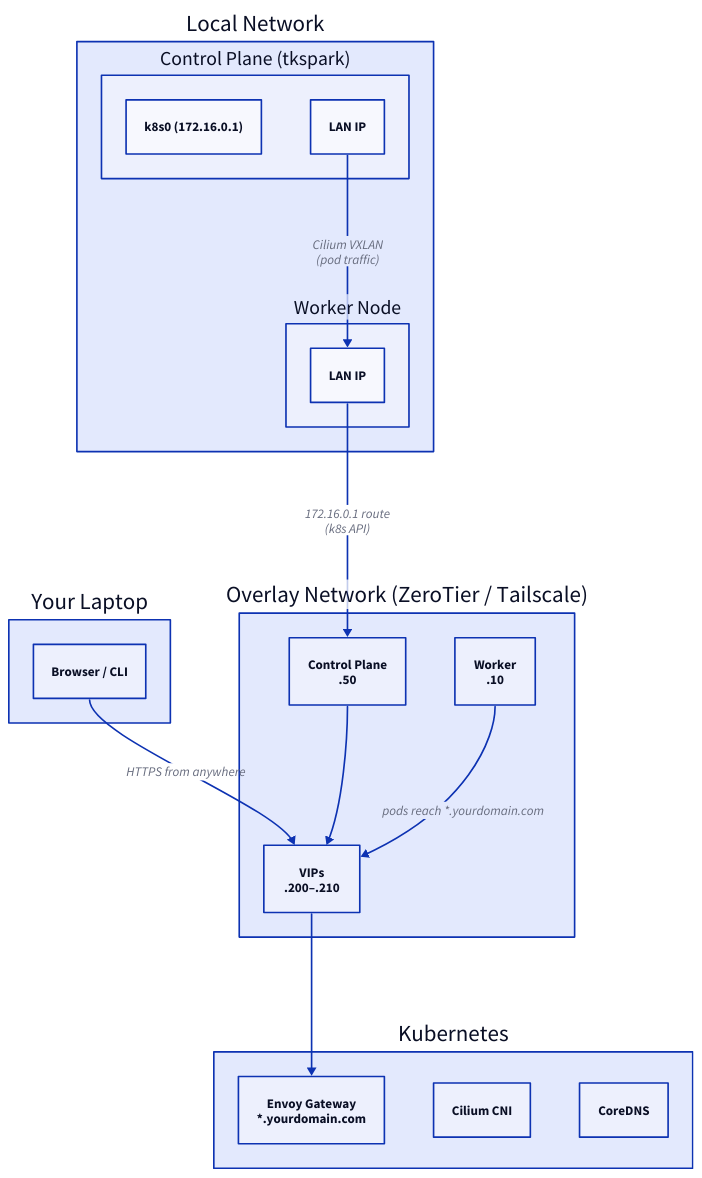
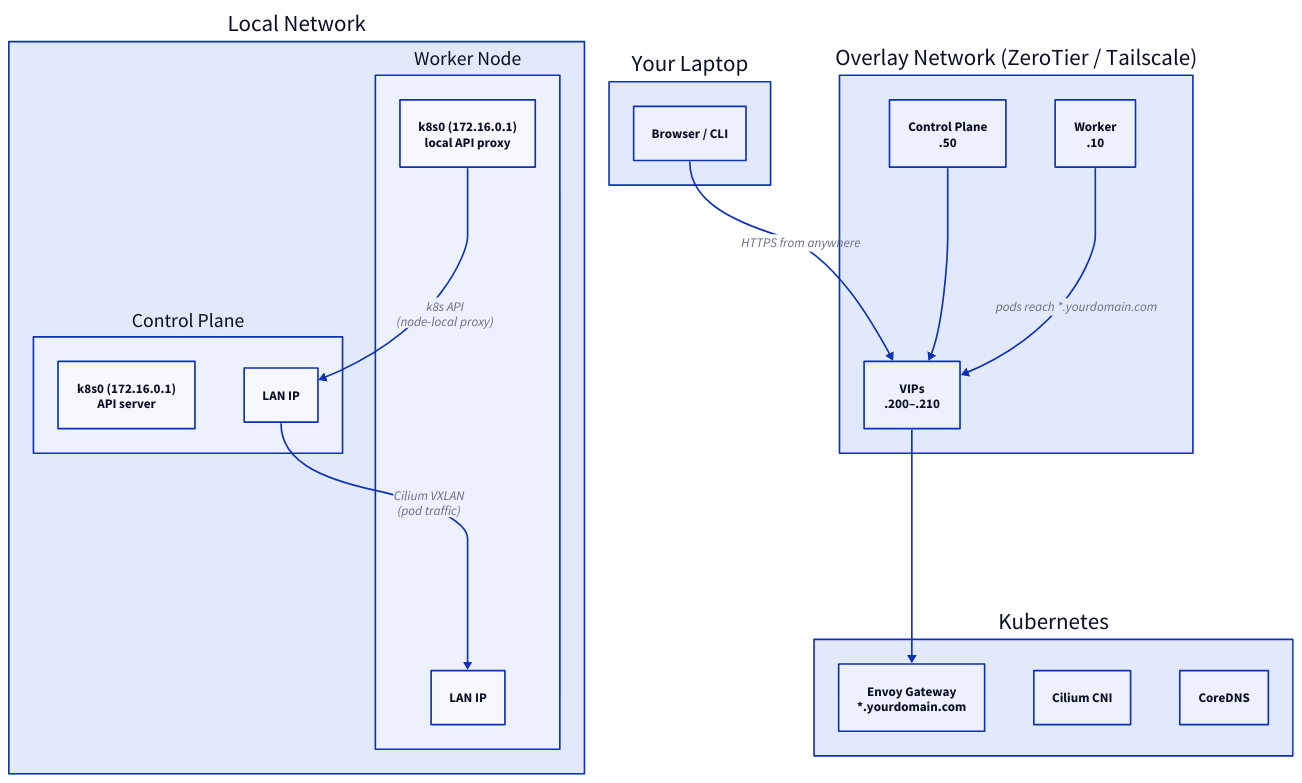
One commit to thinkube/thinkube.org changed the first of 2 diagrams in src/content/docs/architecture/networking.md. Above: the diagram before and after it, drawn with D2. The commit also changed other lines of this file, not shown here.

First line of the commit message:
docs(networking): node-local API VIP, boot-time self-healing, current Cilium/exposure reality

````diff
--- a/src/content/docs/architecture/networking.md
+++ b/src/content/docs/architecture/networking.md
@@ -23,34 +23,35 @@
 ```d2
 Your Laptop: {
   browser: "Browser / CLI"
 }
 
 LAN: "Local Network" {
-  control: "Control Plane (tkspark)" {
-    k8s0: "k8s0 (172.16.0.1)"
+  control: "Control Plane" {
+    k8s0: "k8s0 (172.16.0.1)\nAPI server"
     lan_ip: "LAN IP"
   }
   worker: "Worker Node" {
+    k8s0w: "k8s0 (172.16.0.1)\nlocal API proxy"
     lan_ip2: "LAN IP"
   }
   control.lan_ip -> worker.lan_ip2: "Cilium VXLAN\n(pod traffic)"
+  worker.k8s0w -> control.lan_ip: "k8s API\n(node-local proxy)"
 }
 
 Overlay: "Overlay Network (ZeroTier / Tailscale)" {
   cp_overlay: "Control Plane\n.50"
   vips: "VIPs\n.200–.210"
   w_overlay: "Worker\n.10"
   cp_overlay -> vips
 }
 
 Kubernetes: {
   Gateway: "Envoy Gateway\n*.yourdomain.com"
   Cilium: "Cilium CNI"
   DNS: "CoreDNS"
 }
 
 Your Laptop.browser -> Overlay.vips: "HTTPS from anywhere"
 Overlay.w_overlay -> Overlay.vips: "pods reach *.yourdomain.com"
 Overlay.vips -> Kubernetes.Gateway
-LAN.worker.lan_ip2 -> Overlay.cp_overlay: "172.16.0.1 route\n(k8s API)"
 ```
````
